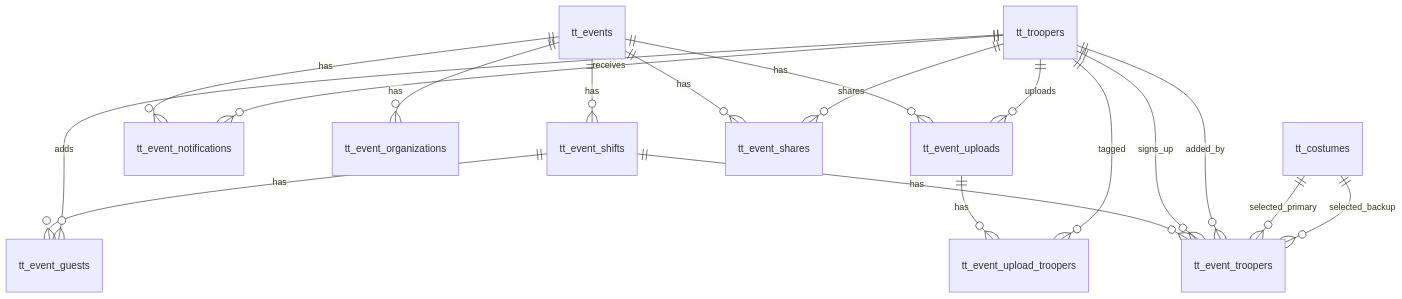
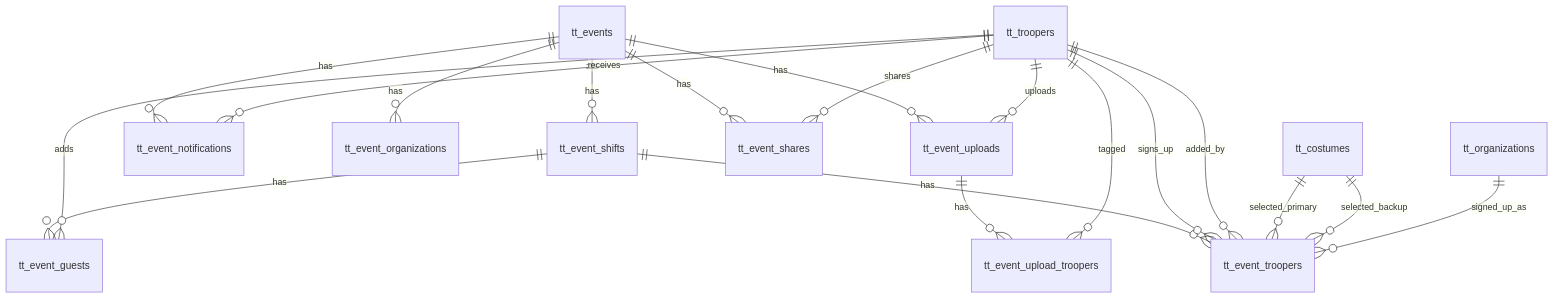
One commit to obsidianslicers/trooper-tracker changed the fourth of 6 diagrams in docs/DATABASE.md. Above: the diagram before and after it, drawn with Mermaid. The commit also changed other lines of this file, not shown here.

````diff
--- a/docs/DATABASE.md
+++ b/docs/DATABASE.md
@@ -102,24 +103,25 @@
   ```mermaid
   erDiagram
     tt_events ||--o{ tt_event_shifts : has
     tt_events ||--o{ tt_event_notifications : has
     tt_events ||--o{ tt_event_organizations : has
     tt_events ||--o{ tt_event_uploads : has
     tt_events ||--o{ tt_event_shares : has
 
     tt_event_shifts ||--o{ tt_event_troopers : has
     tt_event_shifts ||--o{ tt_event_guests : has
 
     tt_event_uploads ||--o{ tt_event_upload_troopers : has
 
     tt_troopers ||--o{ tt_event_notifications : receives
     tt_troopers ||--o{ tt_event_troopers : signs_up
     tt_troopers ||--o{ tt_event_troopers : added_by
     tt_troopers ||--o{ tt_event_uploads : uploads
     tt_troopers ||--o{ tt_event_upload_troopers : tagged
     tt_troopers ||--o{ tt_event_shares : shares
     tt_troopers ||--o{ tt_event_guests : adds
 
     tt_costumes ||--o{ tt_event_troopers : selected_primary
     tt_costumes ||--o{ tt_event_troopers : selected_backup
+    tt_organizations ||--o{ tt_event_troopers : signed_up_as
   ```
````
